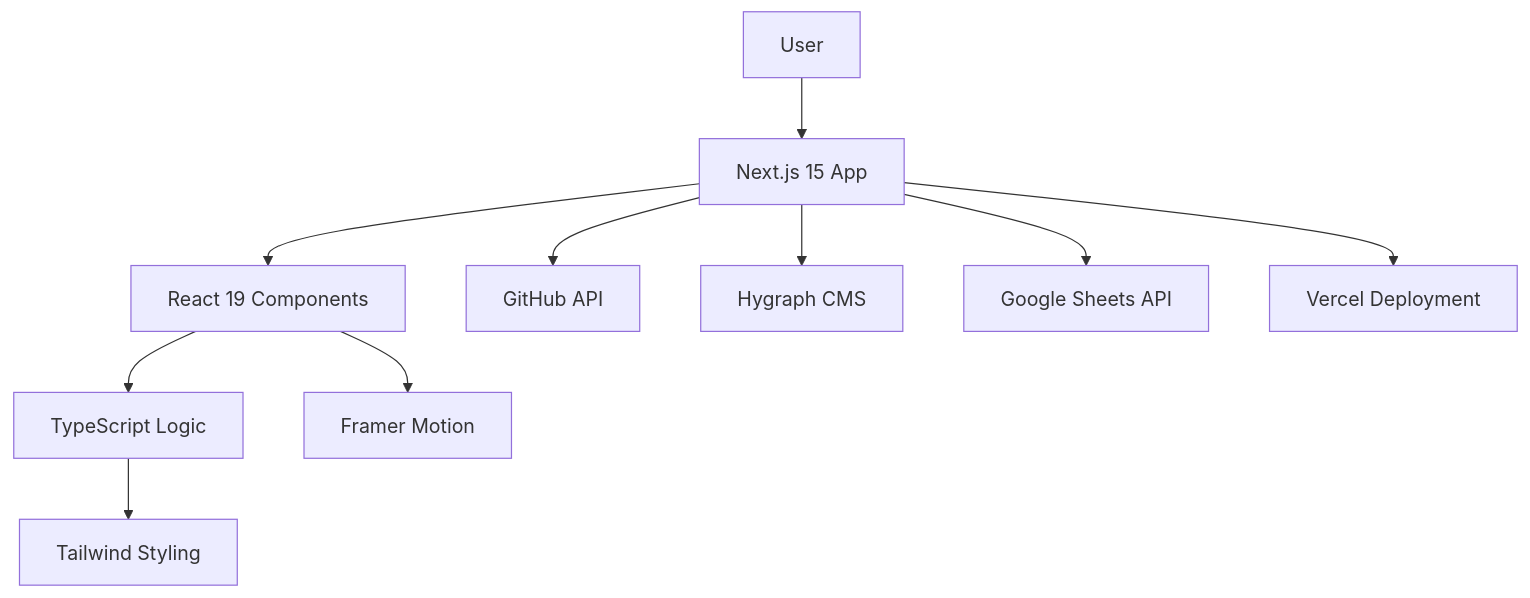
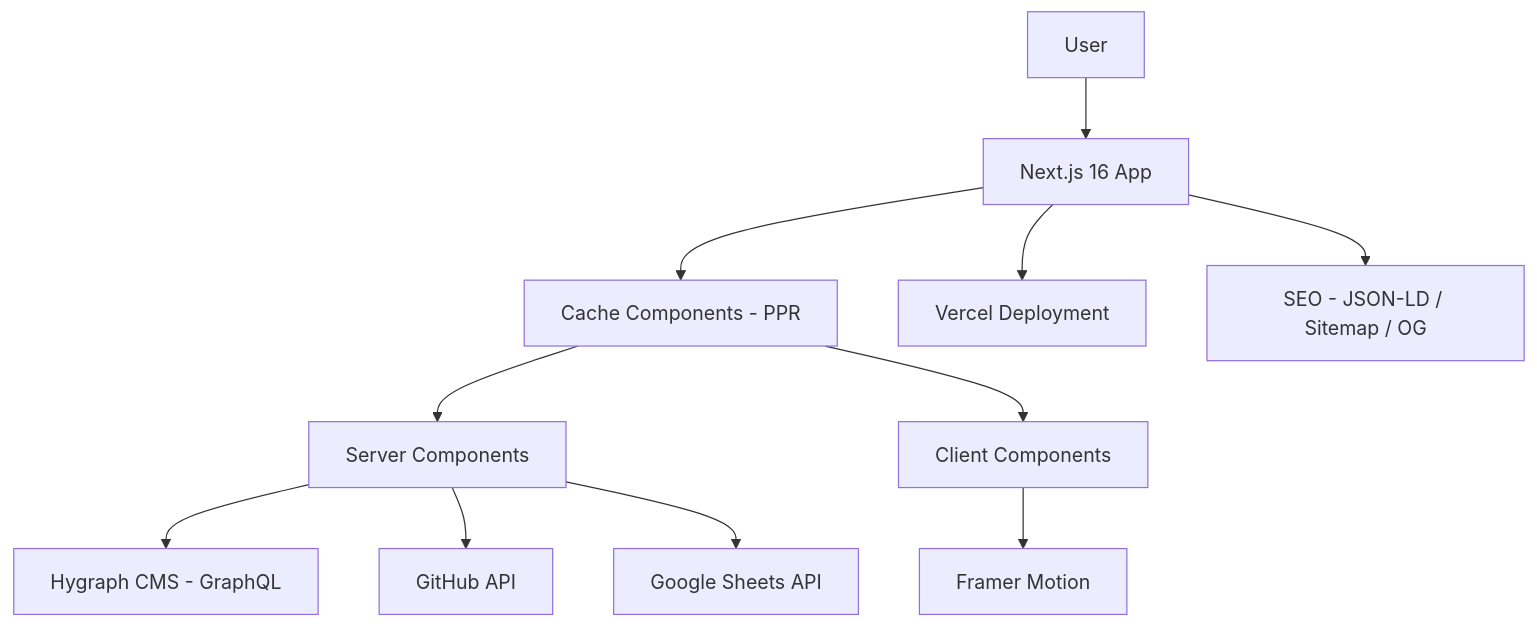
The diagram in README.md (chayan-1906/Padmanabha-Portfolio), drawn with Mermaid before and after one commit. The commit also changed other lines of this file, not shown here.

````diff
--- a/README.md
+++ b/README.md
@@ -71,12 +99,13 @@
 ```mermaid
 graph TD
-    A[User] --> B[Next.js 15 App]
-    B --> C[React 19 Components]
-    C --> D[TypeScript Logic]
-    D --> E[Tailwind Styling]
-    B --> F[GitHub API]
-    B --> G[Hygraph CMS]
-    B --> H[Google Sheets API]
-    C --> I[Framer Motion]
+    A[User] --> B[Next.js 16 App]
+    B --> C[Cache Components - PPR]
+    C --> D[Server Components]
+    C --> E[Client Components]
+    D --> F[Hygraph CMS - GraphQL]
+    D --> G[GitHub API]
+    D --> H[Google Sheets API]
+    E --> I[Framer Motion]
     B --> J[Vercel Deployment]
+    B --> K[SEO - JSON-LD / Sitemap / OG]
 ```
````
